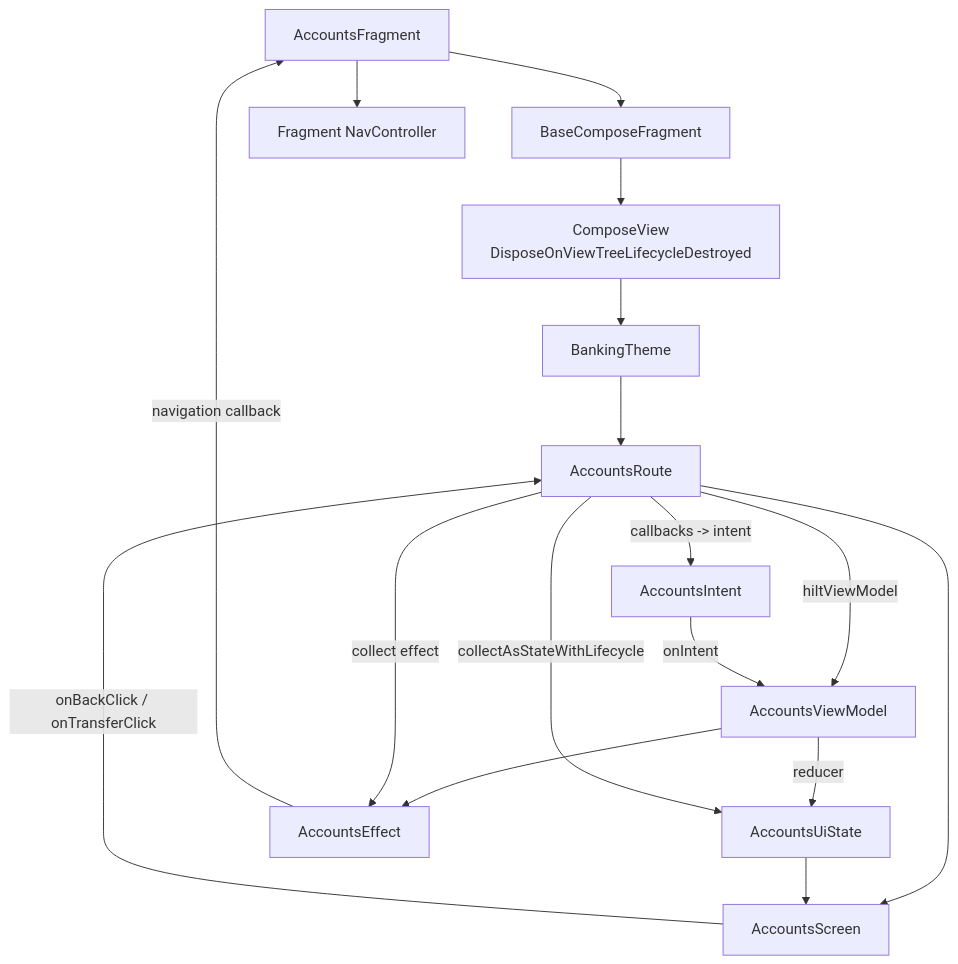
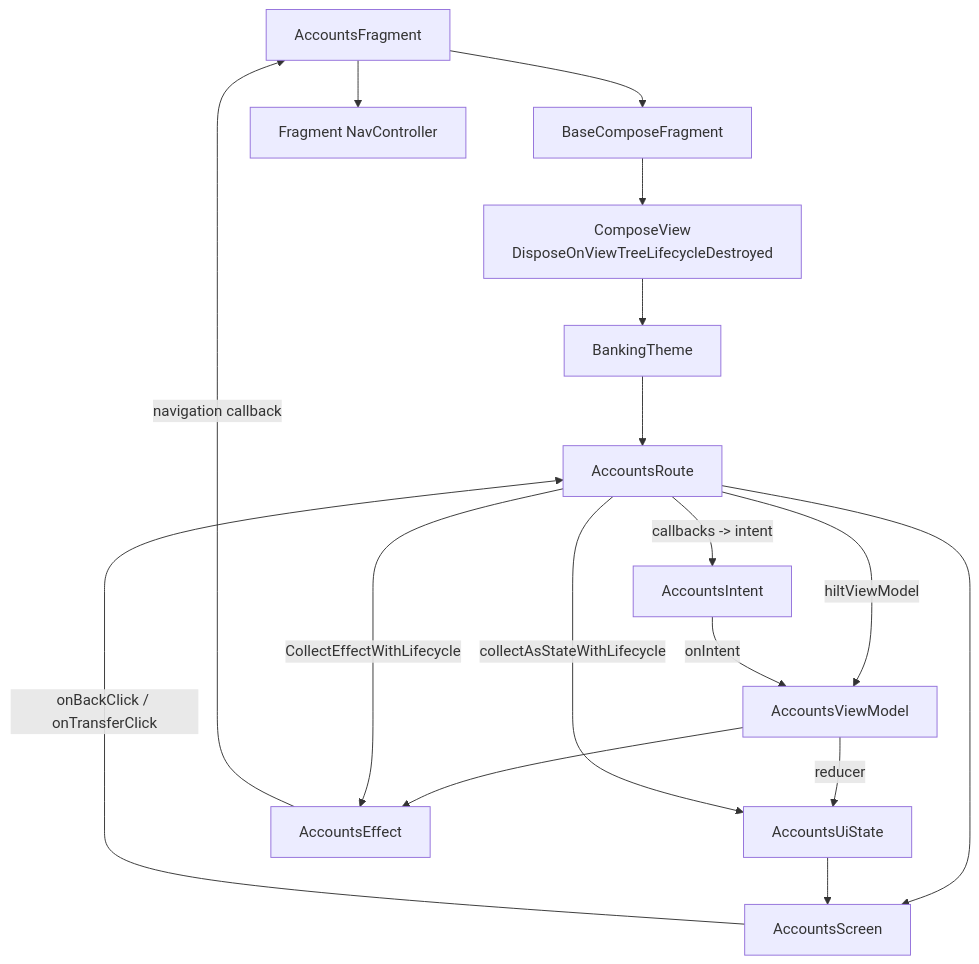
Before and after one commit to onurKuscuogluTD/compose-mimari: the third of 5 diagrams in docs/fragment-compose-codebase-mapping.md, drawn with Mermaid. The commit also changed other lines of this file and 5 other files, not shown here.

````diff
--- a/docs/fragment-compose-codebase-mapping.md
+++ b/docs/fragment-compose-codebase-mapping.md
@@ -109,31 +109,31 @@
 ```mermaid
 flowchart TD
     Fragment["AccountsFragment"]
     BaseCompose["BaseComposeFragment"]
     ComposeView["ComposeView\nDisposeOnViewTreeLifecycleDestroyed"]
     Theme["BankingTheme"]
     Route["AccountsRoute"]
     VM["AccountsViewModel"]
     Intent["AccountsIntent"]
     State["AccountsUiState"]
     Effect["AccountsEffect"]
     Screen["AccountsScreen"]
     Nav["Fragment NavController"]
 
     Fragment --> BaseCompose
     BaseCompose --> ComposeView
     ComposeView --> Theme
     Theme --> Route
     Route -->|"hiltViewModel"| VM
     Route -->|"callbacks -> intent"| Intent
     Intent -->|"onIntent"| VM
     VM -->|"reducer"| State
     VM --> Effect
     Route -->|"collectAsStateWithLifecycle"| State
-    Route -->|"collect effect"| Effect
+    Route -->|"CollectEffectWithLifecycle"| Effect
     Route --> Screen
     State --> Screen
     Screen -->|"onBackClick / onTransferClick"| Route
     Effect -->|"navigation callback"| Fragment
     Fragment --> Nav
 ```
````
